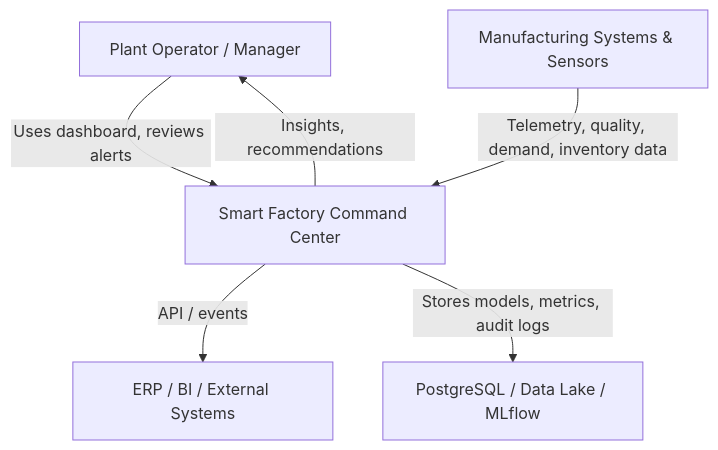
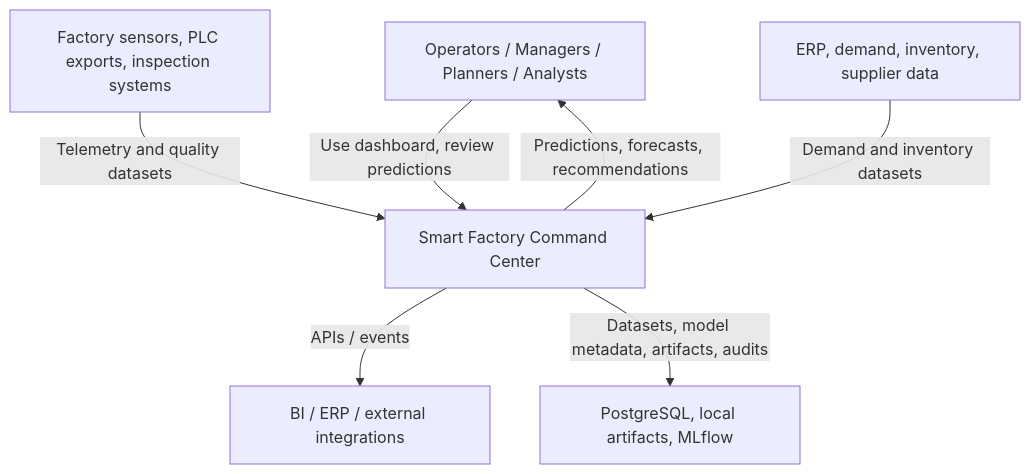
One commit to therabbitears/iitr-ai-smart-factory-command-center changed the first of 6 diagrams in architecture.md. Above: the diagram before and after it, drawn with Mermaid. The commit also changed other lines of this file and 3 other files, not shown here.

Commit message:
Diagrams and all

````diff
--- a/architecture.md
+++ b/architecture.md
@@ -16,14 +20,16 @@
 ```mermaid
 flowchart TB
-  Operator["Plant Operator / Manager"]
-  Manufacturing["Manufacturing Systems & Sensors"]
-  SmartCenter["Smart Factory Command Center"]
-  External["ERP / BI / External Systems"]
-  Storage["PostgreSQL / Data Lake / MLflow"]
+  Users["Operators / Managers / Planners / Analysts"]
+  Factory["Factory sensors, PLC exports, inspection systems"]
+  Business["ERP, demand, inventory, supplier data"]
+  App["Smart Factory Command Center"]
+  Storage["PostgreSQL, local artifacts, MLflow"]
+  External["BI / ERP / external integrations"]
 
-  Operator -->|Uses dashboard, reviews alerts| SmartCenter
-  Manufacturing -->|Telemetry, quality, demand, inventory data| SmartCenter
-  SmartCenter -->|Insights, recommendations| Operator
-  SmartCenter -->|API / events| External
-  SmartCenter -->|Stores models, metrics, audit logs| Storage
+  Users -->|"Use dashboard, review predictions"| App
+  Factory -->|"Telemetry and quality datasets"| App
+  Business -->|"Demand and inventory datasets"| App
+  App -->|"Predictions, forecasts, recommendations"| Users
+  App -->|"APIs / events"| External
+  App -->|"Datasets, model metadata, artifacts, audits"| Storage
 ```
````
